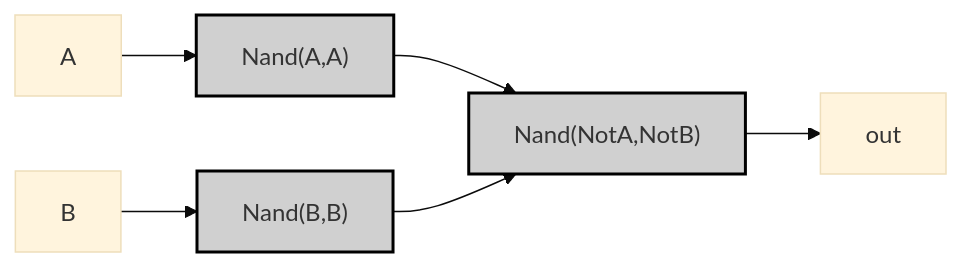
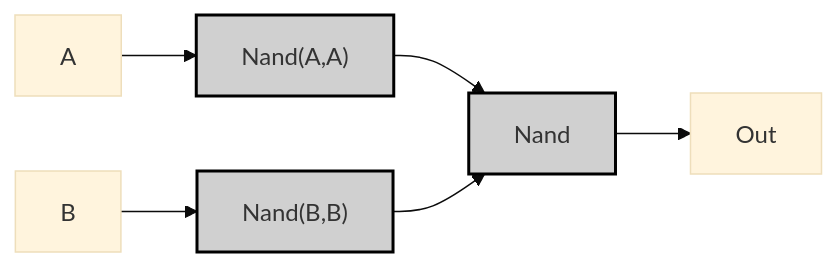
Before and after one commit to MeJamoLeo/Vault_Templates: the second of 2 diagrams in 99_Projects/Nand2Tetris/HackHDL/03_Or.md, drawn with Mermaid (base theme). The commit also changed other lines of this file and 13 other files, not shown here.

````diff
--- a/99_Projects/Nand2Tetris/HackHDL/03_Or.md
+++ b/99_Projects/Nand2Tetris/HackHDL/03_Or.md
@@ -166,10 +140,10 @@
 ```mermaid
 graph LR;
     A["A"] --> NotA["Nand(A,A)"]:::gate;
     B["B"] --> NotB["Nand(B,B)"]:::gate;
-    NotA --> OrOpt["Nand(NotA,NotB)"]:::gate;
+    NotA --> OrOpt["Nand"]:::gate;
     NotB --> OrOpt;
-    OrOpt --> OUT["out"];
+    OrOpt --> OUT["Out"];
     
     classDef gate fill:#d0d0d0,stroke:#000,stroke-width:2px;
 ```
````
